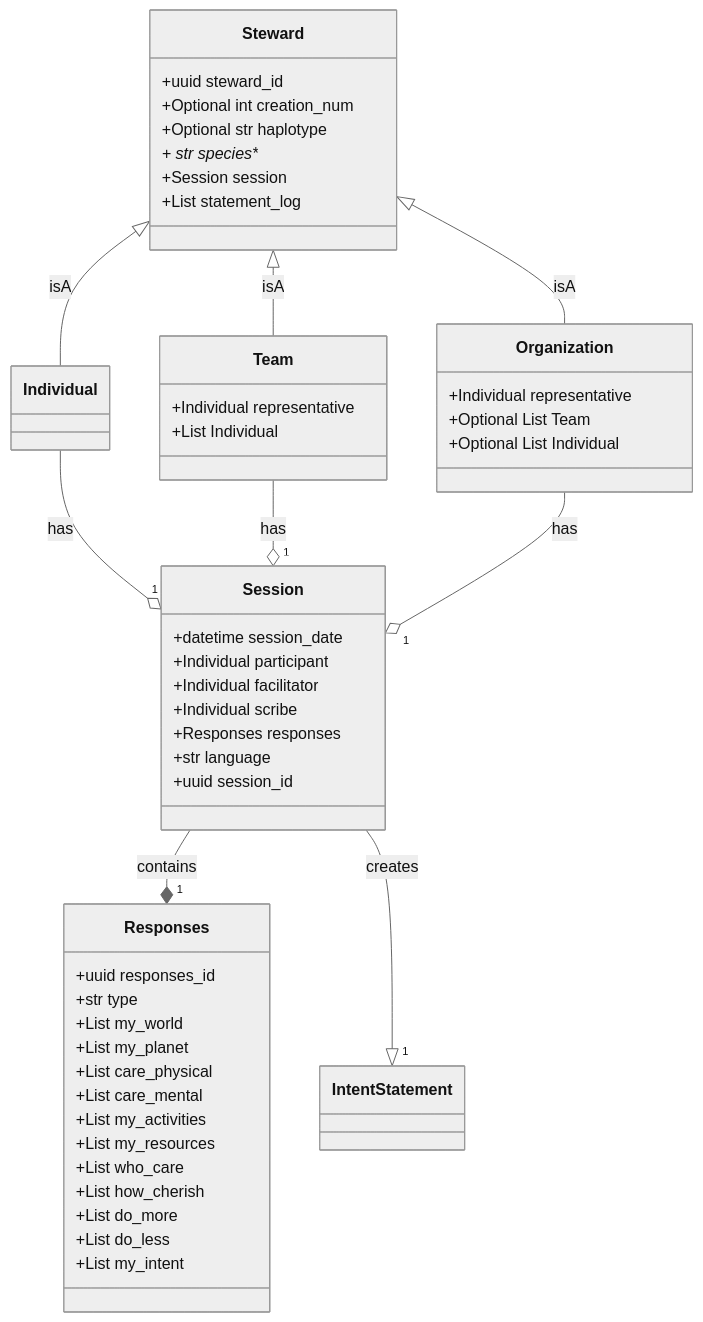
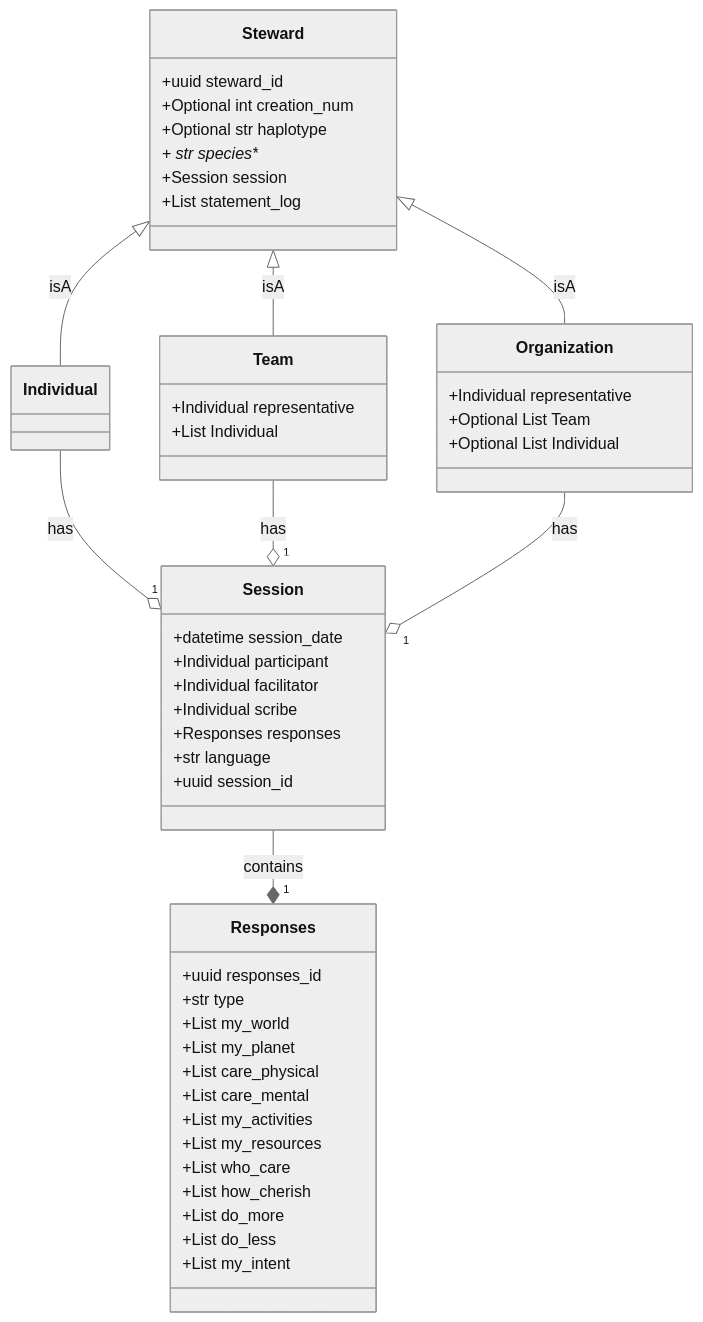
The diagram in docs/data_models_diagram.md (drew-wks/intent-for-the-planet), drawn with Mermaid (neutral theme) before and after one commit.

````diff
--- a/docs/data_models_diagram.md
+++ b/docs/data_models_diagram.md
@@ -5,56 +5,55 @@
 ```mermaid
 classDiagram
     class Steward {
         +uuid steward_id
         +Optional int creation_num
         +Optional str haplotype
         + str species**
         +Session session
         +List statement_log
     }
     class Individual {
     }
     class Team {
         +Individual representative
         +List Individual
     }
     class Organization {
         +Individual representative
         +Optional List Team
         +Optional List Individual
     }
     class Session {
         +datetime session_date
         +Individual participant
         +Individual facilitator
         +Individual scribe
         +Responses responses
         +str language
         +uuid session_id
     }
     class Responses {
         +uuid responses_id
         +str type
         +List my_world
         +List my_planet
         +List care_physical
         +List care_mental
         +List my_activities
         +List my_resources
         +List who_care
         +List how_cherish
         +List do_more
         +List do_less
         +List my_intent
     }
 
     Session --* "1" Responses : contains
     Steward <|-- Individual : isA
     Steward <|-- Team : isA
     Steward <|-- Organization : isA
-    Session--|> "1" IntentStatement : creates
     Individual --o "1" Session : has
     Team --o "1" Session : has
     Organization --o "1" Session : has
 
 ```
````
